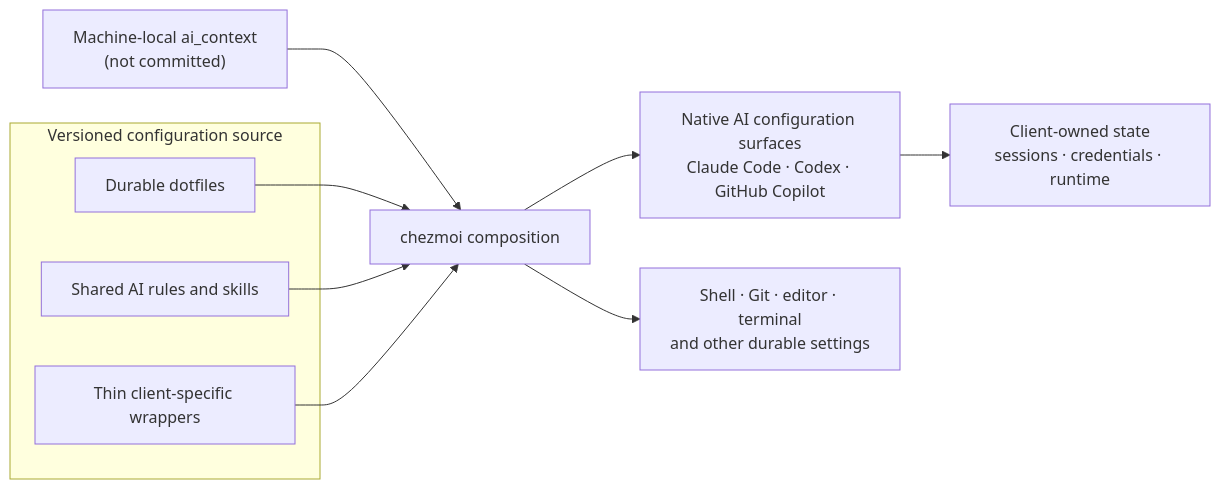
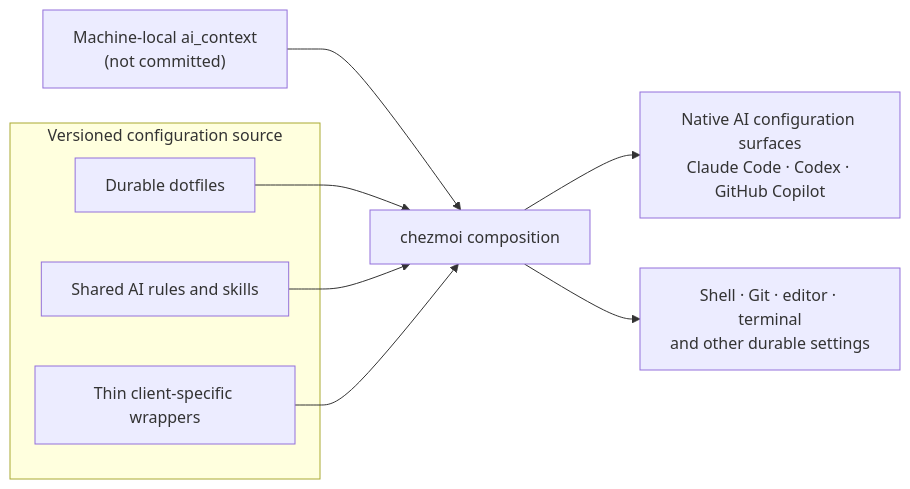
One commit to sherrilla71940/dotfiles changed the first of 2 diagrams in README.md. Above: the diagram before and after it, drawn with Mermaid. The commit also changed other lines of this file and 13 other files, not shown here.

````diff
--- a/README.md
+++ b/README.md
@@ -22,15 +22,14 @@
 ```mermaid
 flowchart LR
     subgraph source["Versioned configuration source"]
         dotfiles["Durable dotfiles"]
         shared["Shared AI rules and skills"]
         adapters["Thin client-specific wrappers"]
     end
     profile["Machine-local ai_context<br/>(not committed)"] --> render["chezmoi composition"]
     dotfiles --> render
     shared --> render
     adapters --> render
     render --> ai["Native AI configuration surfaces<br/>Claude Code · Codex · GitHub Copilot"]
-    ai --> local["Client-owned state<br/>sessions · credentials · runtime"]
     render --> settings["Shell · Git · editor · terminal<br/>and other durable settings"]
 ```
````
